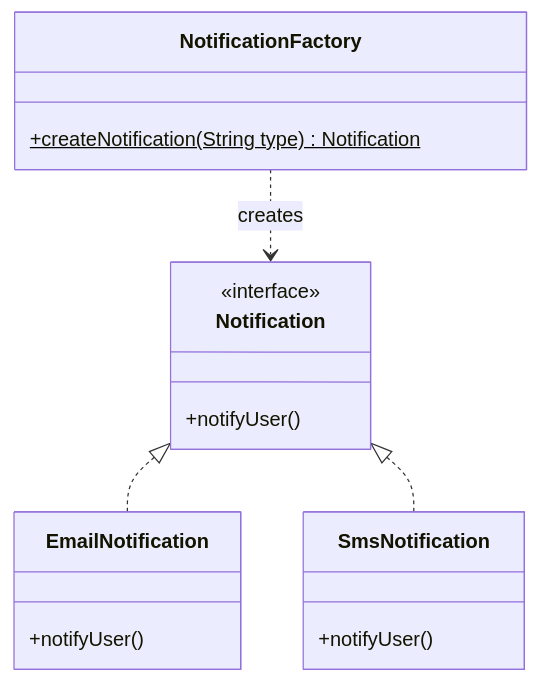
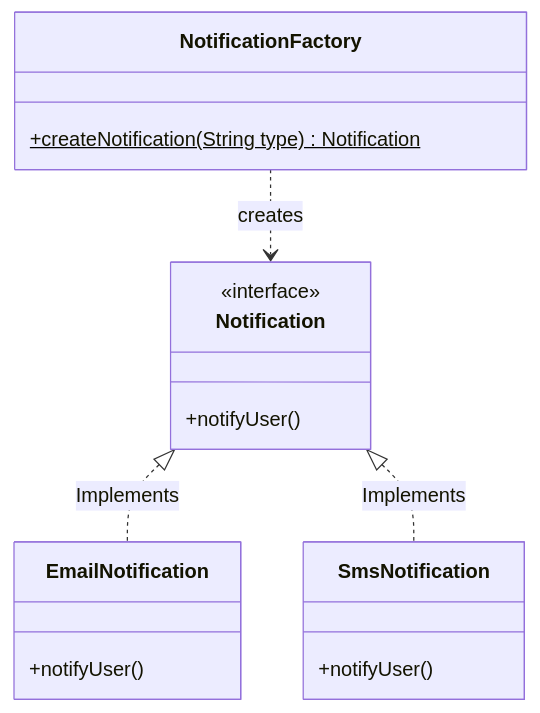
Before and after one commit to JollyBolt/LLD: the second of 2 diagrams in Design_Patterns/README.md, drawn with Mermaid.

````diff
--- a/Design_Patterns/README.md
+++ b/Design_Patterns/README.md
@@ -19,19 +19,19 @@
 ```mermaid
 classDiagram
     class Notification {
         <<interface>>
         +notifyUser()
     }
     class EmailNotification {
         +notifyUser()
     }
     class SmsNotification {
         +notifyUser()
     }
     class NotificationFactory {
         +createNotification(String type) Notification$
     }
-    Notification <|.. EmailNotification
-    Notification <|.. SmsNotification
+    Notification <|.. EmailNotification : Implements
+    Notification <|.. SmsNotification : Implements
     NotificationFactory ..> Notification : creates
 ```
````
